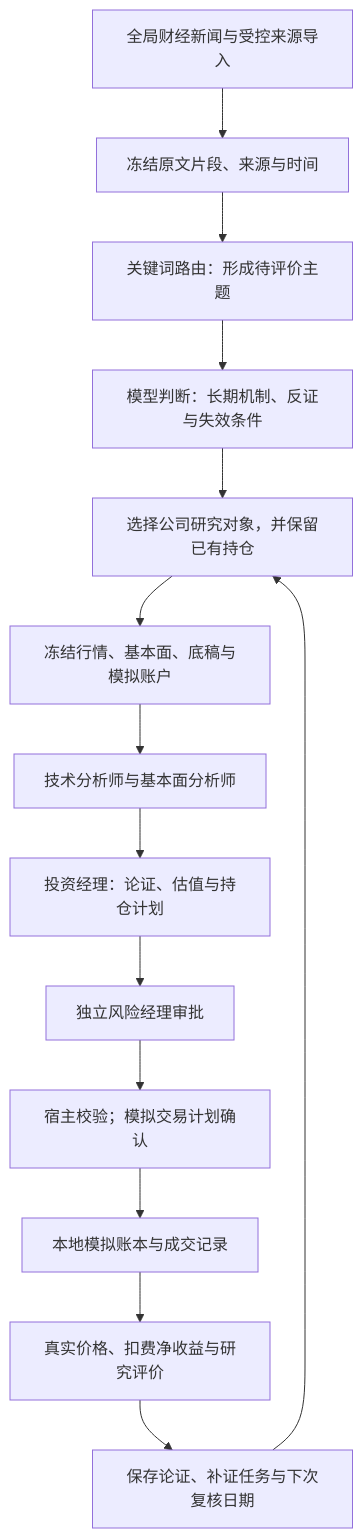
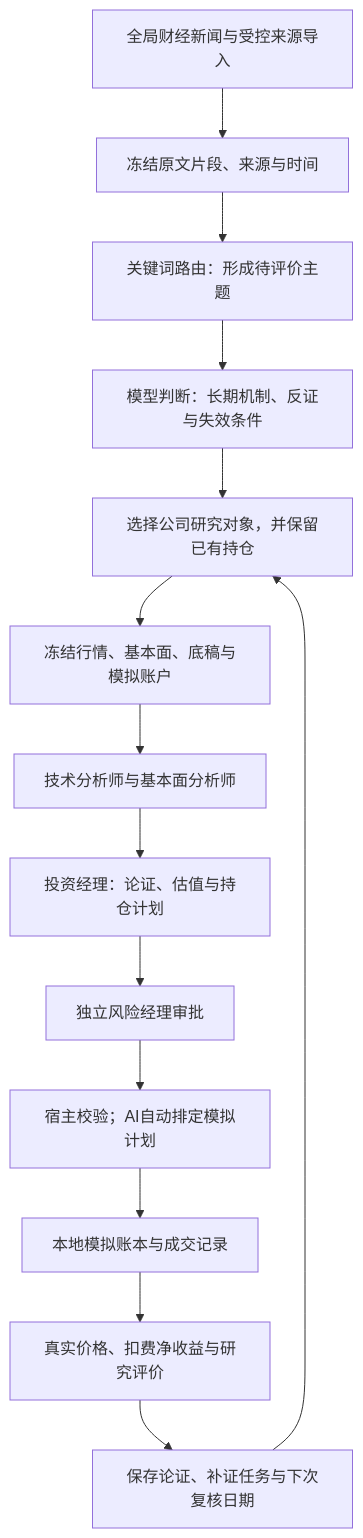
Before and after one commit to Y0usheng/a-stock-agent: the diagram in README.md, drawn with Mermaid. The commit also changed other lines of this file and 24 other files, not shown here.

````diff
--- a/README.md
+++ b/README.md
@@ -11,16 +11,16 @@
 ```mermaid
 flowchart TD
     A[全局财经新闻与受控来源导入] --> B[冻结原文片段、来源与时间]
     B --> C[关键词路由：形成待评价主题]
     C --> D[模型判断：长期机制、反证与失效条件]
     D --> E[选择公司研究对象，并保留已有持仓]
     E --> F[冻结行情、基本面、底稿与模拟账户]
     F --> G[技术分析师与基本面分析师]
     G --> H[投资经理：论证、估值与持仓计划]
     H --> I[独立风险经理审批]
-    I --> J[宿主校验；模拟交易计划确认]
+    I --> J[宿主校验；AI自动排定模拟计划]
     J --> K[本地模拟账本与成交记录]
     K --> L[真实价格、扣费净收益与研究评价]
     L --> M[保存论证、补证任务与下次复核日期]
     M --> E
 ```
````
